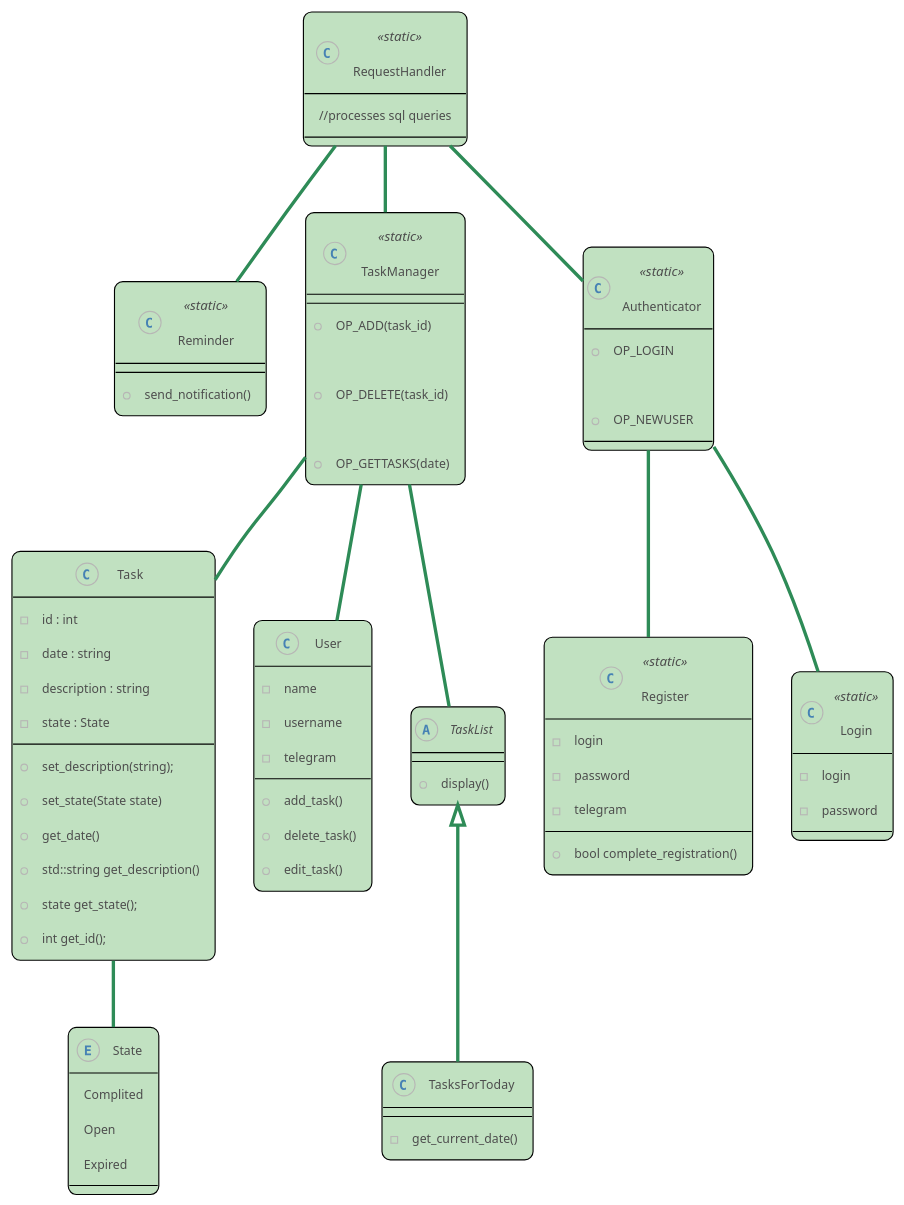
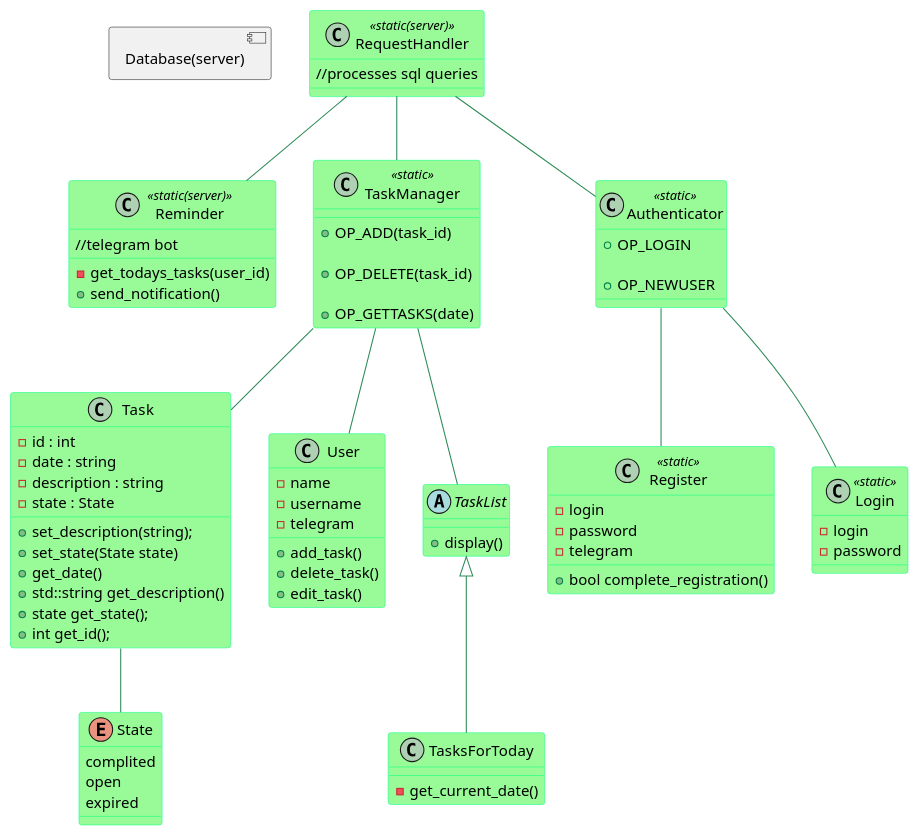
The diagram in assets/classdiagram.iuml (ani-khachatryan/todo-list), drawn with PlantUML before and after one commit. The commit also changed 12 other files, not shown here.

```diff
--- a/assets/classdiagram.iuml
+++ b/assets/classdiagram.iuml
@@ -1,91 +1,95 @@
 @startuml
-!theme metal
 skinparam class {
-BackgroundColor #C1E1C1
+BackgroundColor PaleGreen
 ArrowColor SeaGreen
-BorderColor Black
+BorderColor SpringGreen
 }
 skinparam stereotypeCBackgroundColor YellowGreen
 
-class RequestHandler <<static>> {
+component Database(server){
+}
+
+class RequestHandler <<static(server)>> {
     //processes sql queries
 }
 
-class Reminder <<static>> {
+class Reminder <<static(server)>> {
+    //telegram bot
+    - get_todays_tasks(user_id)
     + send_notification()
 }
 
 class TaskManager <<static>> {
     + OP_ADD(task_id)
 
     + OP_DELETE(task_id)
 
     + OP_GETTASKS(date)
 }
 
 class Authenticator <<static>> {
     + OP_LOGIN
 
     + OP_NEWUSER
 }
 
 class Register <<static>> {
     - login
     - password
     - telegram
 
     + bool complete_registration()
 }
 
 class Login <<static>> {
     - login
     - password
 }
 
 class Task {
     - id : int
     - date : string
     - description : string
     - state : State
     + set_description(string);
     + set_state(State state)
     + get_date()
     + std::string get_description()
     + state get_state();
     + int get_id();
 }
 enum State {
-    Complited
-    Open
-    Expired
+    complited
+    open
+    expired
 }
 
 class User {
     - name
     - username
     - telegram
     + add_task()
     + delete_task()
     + edit_task()
 }
 
 abstract class TaskList {
     + display()
 }
 
 class TasksForToday {
     - get_current_date()
 }
 RequestHandler -- Reminder
 
 RequestHandler -- Authenticator
 Authenticator -- Register
 Authenticator -- Login
 
 RequestHandler -- TaskManager
 TaskManager -- TaskList
 TaskList <|-- TasksForToday
 TaskManager -- Task
 Task -- State
 TaskManager -- User
 @enduml
```
